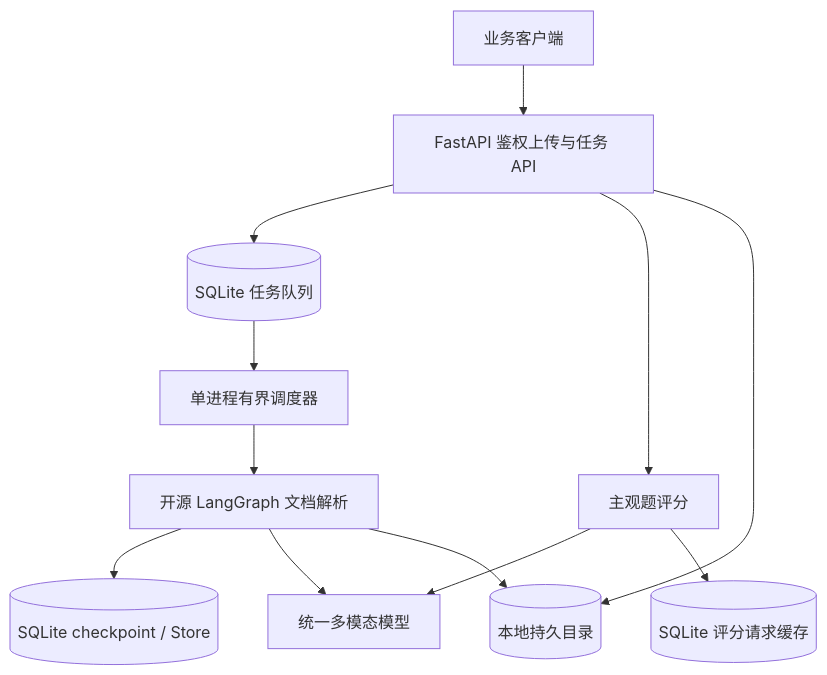
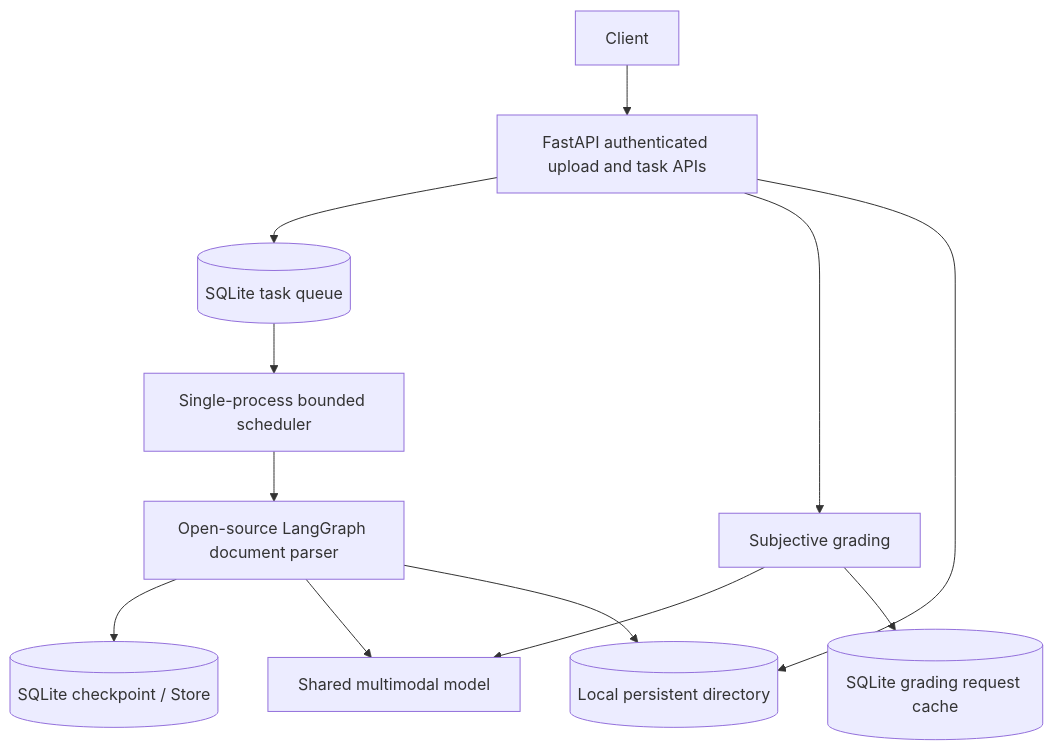
One commit to shenyankm/PractiQ changed the diagram in server/docs/service-guide.md. Above: the diagram before and after it, drawn with Mermaid. The commit also changed other lines of this file and 15 other files, not shown here.

````diff
--- a/server/docs/service-guide.md
+++ b/server/docs/service-guide.md
@@ -164,14 +164,14 @@
 ```mermaid
 graph TD
-    Client[业务客户端] --> API[FastAPI 鉴权上传与任务 API]
-    API --> DB[(SQLite 任务队列)]
-    DB --> Runner[单进程有界调度器]
-    Runner --> Graph[开源 LangGraph 文档解析]
+    Client[Client] --> API[FastAPI authenticated upload and task APIs]
+    API --> DB[(SQLite task queue)]
+    DB --> Runner[Single-process bounded scheduler]
+    Runner --> Graph[Open-source LangGraph document parser]
     Graph --> State[(SQLite checkpoint / Store)]
-    Graph --> Model[统一多模态模型]
-    API --> Grading[主观题评分]
+    Graph --> Model[Shared multimodal model]
+    API --> Grading[Subjective grading]
     Grading --> Model
-    Grading --> Grades[(SQLite 评分请求缓存)]
-    API --> Files[(本地持久目录)]
+    Grading --> Grades[(SQLite grading request cache)]
+    API --> Files[(Local persistent directory)]
     Graph --> Files
 ```
````
